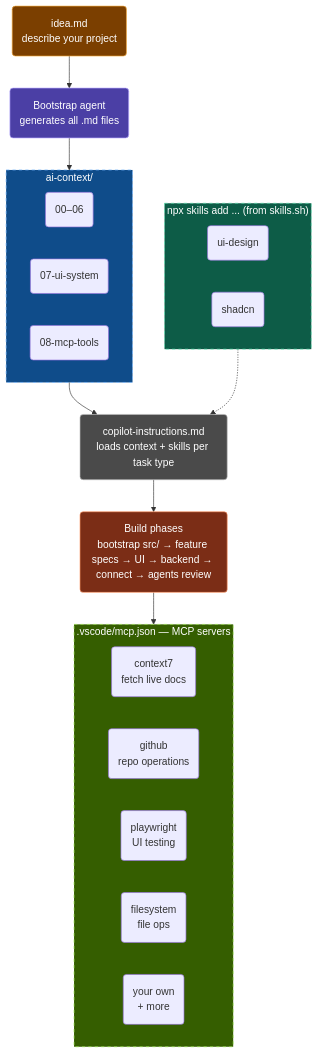
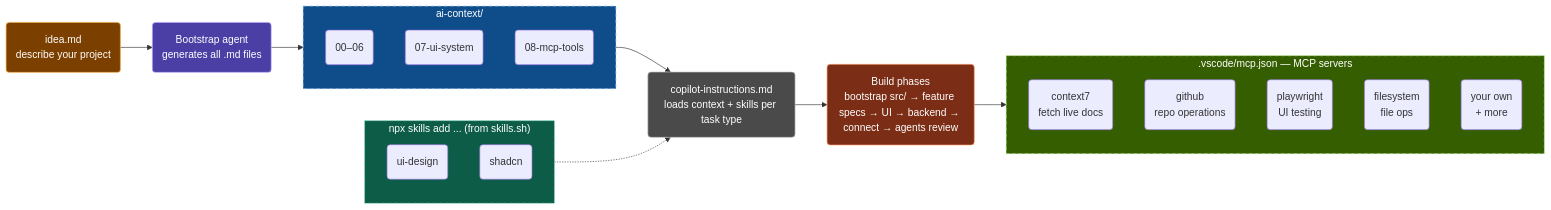
One commit to dui14/vibe-coding-workflow changed the diagram in README.md. Above: the diagram before and after it, drawn with Mermaid. The commit also changed other lines of this file, not shown here.

````diff
--- a/README.md
+++ b/README.md
@@ -67,57 +69,59 @@
 ```mermaid
 ---
 config:
   layout: fixed
 ---
-flowchart TB
- subgraph AICTX["ai-context/"]
-    direction LR
+flowchart LR
+  subgraph AICTX["ai-context/"]
+    direction TB
         A1["00–06"]
         A2["07-ui-system"]
         A3["08-mcp-tools"]
   end
- subgraph SKILLS["npx skills add ... (from skills.sh)"]
-    direction LR
+  subgraph SKILLS["npx skills add ... (from skills.sh)"]
+    direction TB
         S1["ui-design"]
         S2["shadcn"]
   end
- subgraph MCP[".vscode/mcp.json — MCP servers"]
-    direction LR
+  subgraph MCP[".vscode/mcp.json — MCP servers"]
+    direction TB
         M1["context7<br>fetch live docs"]
         M2["github<br>repo operations"]
         M3["playwright<br>UI testing"]
         M4["filesystem<br>file ops"]
         M5["your own<br>+ more"]
   end
+
     IDEA["idea.md<br>describe your project"] --> BOOT["Bootstrap agent<br>generates all .md files"]
     BOOT --> AICTX
     AICTX --> COPILOT["copilot-instructions.md<br>loads context + skills per task type"]
     SKILLS -.-> COPILOT
     COPILOT --> BUILD["Build phases<br>bootstrap src/ → feature specs → UI → backend → connect → agents review"]
     BUILD --> MCP
 
     A1@{ shape: rounded}
     A2@{ shape: rounded}
     A3@{ shape: rounded}
     S1@{ shape: rounded}
     S2@{ shape: rounded}
     M1@{ shape: rounded}
     M2@{ shape: rounded}
     M3@{ shape: rounded}
     M4@{ shape: rounded}
     M5@{ shape: rounded}
     IDEA@{ shape: rounded}
     BOOT@{ shape: rounded}
     AICTX@{ shape: rounded}
     COPILOT@{ shape: rounded}
     SKILLS@{ shape: rounded}
     BUILD@{ shape: rounded}
     MCP@{ shape: rounded}
+
     style IDEA fill:#7B3F00,stroke:#F2A93B,color:#ffffff
     style BOOT fill:#4B3FA5,stroke:#B7A9FF,color:#ffffff
     style AICTX fill:#0F4C8A,stroke:#73B6FF,color:#ffffff,stroke-dasharray: 5 5
     style COPILOT fill:#4A4A4A,stroke:#BDBDBD,color:#ffffff
     style SKILLS fill:#0D5C47,stroke:#5DE2B1,color:#ffffff,stroke-dasharray: 5 5
     style BUILD fill:#7B2D16,stroke:#FF9A6A,color:#ffffff
     style MCP fill:#355E00,stroke:#9EEA52,color:#ffffff,stroke-dasharray: 5 5
 ```
````
